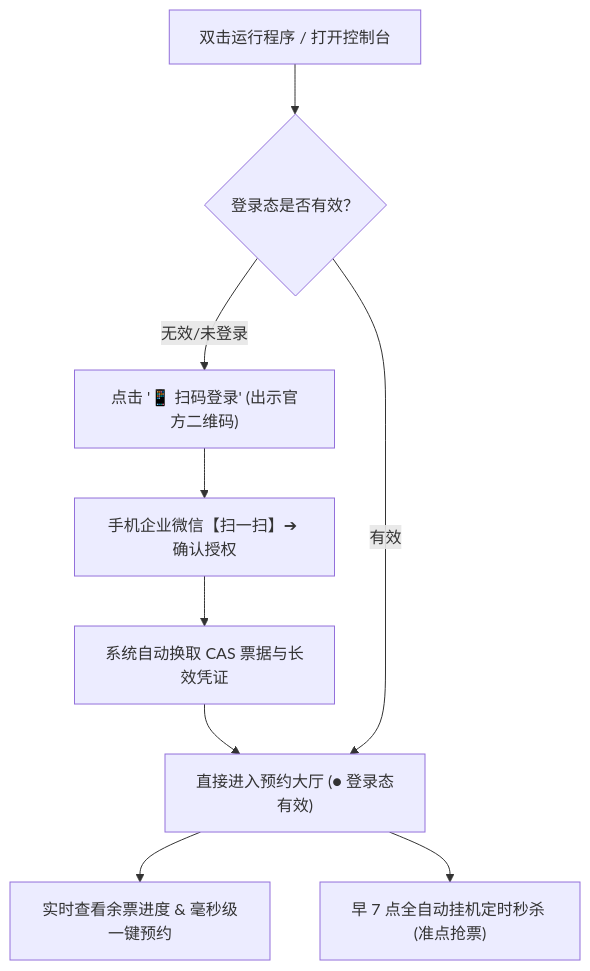
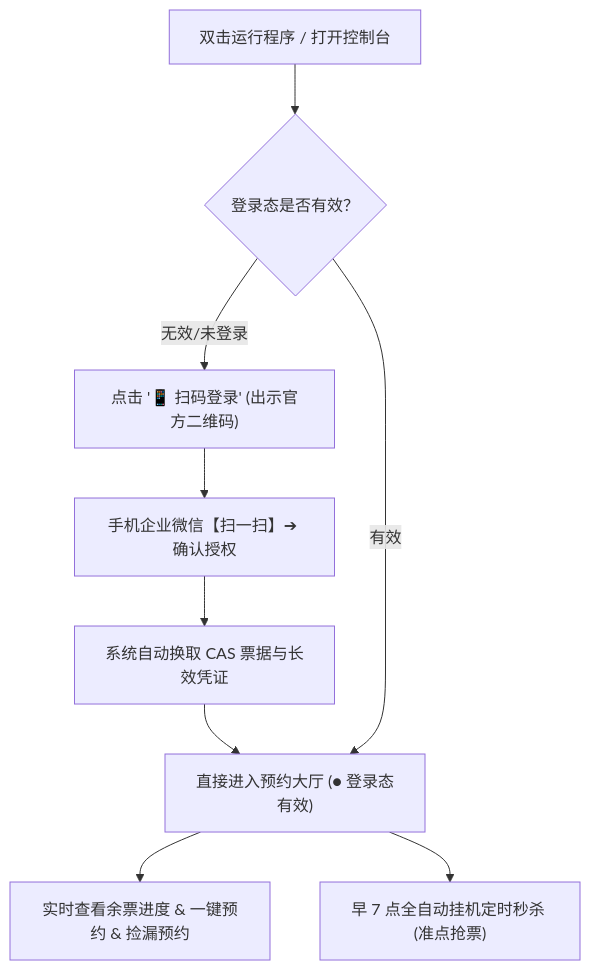
The diagram in README.md (duduking19/XMU-Gym-reservation-script), drawn with Mermaid before and after one commit. The commit also changed other lines of this file and 2 other files, not shown here.

````diff
--- a/README.md
+++ b/README.md
@@ -75,11 +75,11 @@
 ```mermaid
 graph TD
     A["双击运行程序 / 打开控制台"] --> B{"登录态是否有效？"}
     B -- 无效/未登录 --> C["点击 '📱 扫码登录' (出示官方二维码)"]
     C --> D["手机企业微信【扫一扫】➔ 确认授权"]
     D --> E["系统自动换取 CAS 票据与长效凭证"]
     E --> F["直接进入预约大厅 (● 登录态有效)"]
     B -- 有效 --> F
-    F --> G["实时查看余票进度 & 毫秒级一键预约"]
+    F --> G["实时查看余票进度 & 一键预约 & 捡漏预约"] 
     F --> H["早 7 点全自动挂机定时秒杀 (准点抢票)"]
 ```
````
